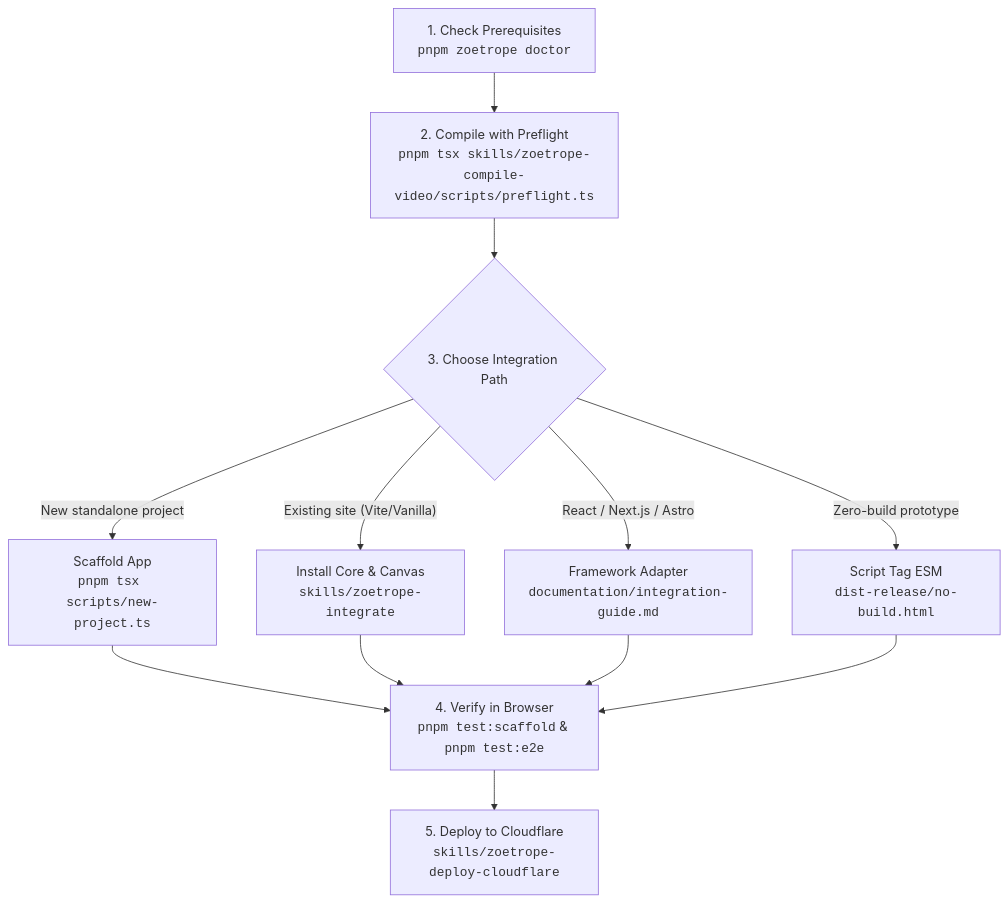
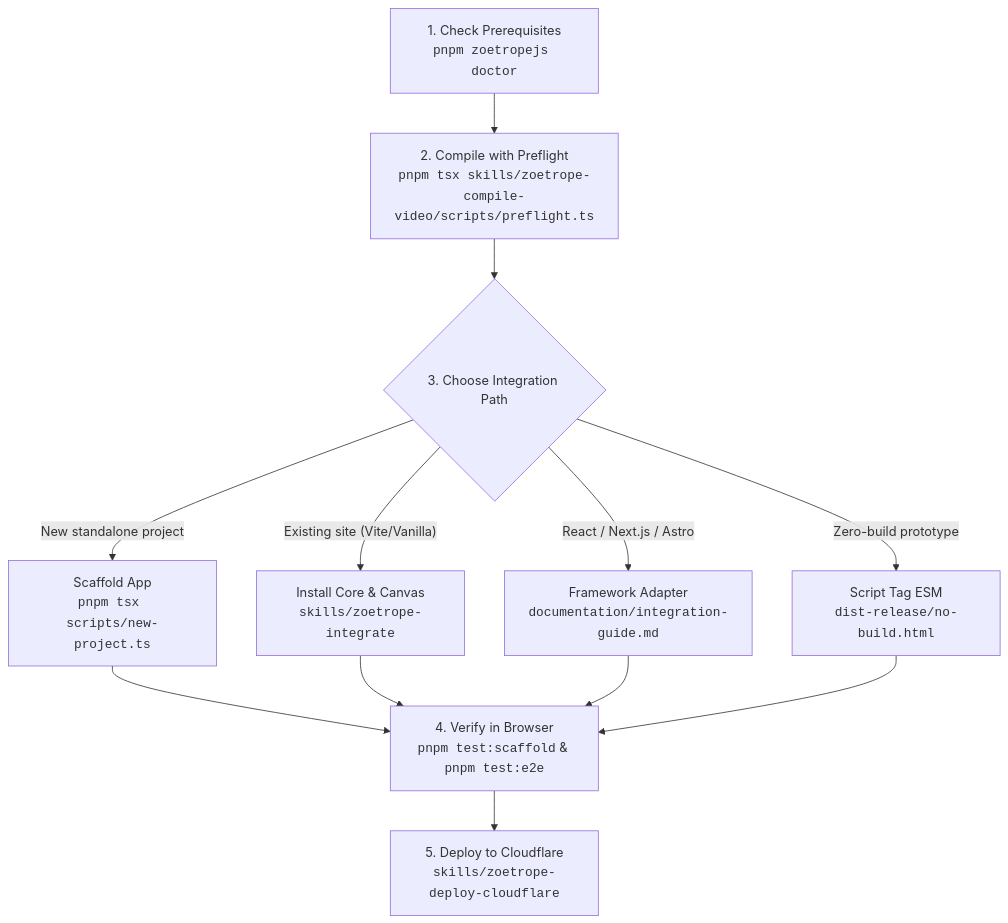
The diagram in AGENTS.md (FairyTail-100/Zoetrope), drawn with Mermaid before and after one commit. The commit also changed other lines of this file and 41 other files, not shown here.

Commit message:
chore: rename CLI to zoetropejs and project name to ZoetropeJS (#6)

````diff
--- a/AGENTS.md
+++ b/AGENTS.md
@@ -9,14 +9,14 @@
 ```mermaid
 flowchart TD
-  S1["1. Check Prerequisites<br><code>pnpm zoetrope doctor</code>"] --> S2["2. Compile with Preflight<br><code>pnpm tsx skills/zoetrope-compile-video/scripts/preflight.ts</code>"]
+  S1["1. Check Prerequisites<br><code>pnpm zoetropejs doctor</code>"] --> S2["2. Compile with Preflight<br><code>pnpm tsx skills/zoetrope-compile-video/scripts/preflight.ts</code>"]
   S2 --> DEC{"3. Choose Integration Path"}
   DEC -->|"New standalone project"| S3A["Scaffold App<br><code>pnpm tsx scripts/new-project.ts</code>"]
   DEC -->|"Existing site (Vite/Vanilla)"| S3B["Install Core & Canvas<br><code>skills/zoetrope-integrate</code>"]
   DEC -->|"React / Next.js / Astro"| S3C["Framework Adapter<br><code>documentation/integration-guide.md</code>"]
   DEC -->|"Zero-build prototype"| S3D["Script Tag ESM<br><code>dist-release/no-build.html</code>"]
   S3A --> S4["4. Verify in Browser<br><code>pnpm test:scaffold</code> & <code>pnpm test:e2e</code>"]
   S3B --> S4
   S3C --> S4
   S3D --> S4
   S4 --> S5["5. Deploy to Cloudflare<br><code>skills/zoetrope-deploy-cloudflare</code>"]
 ```
````
